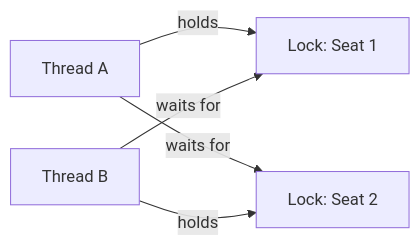
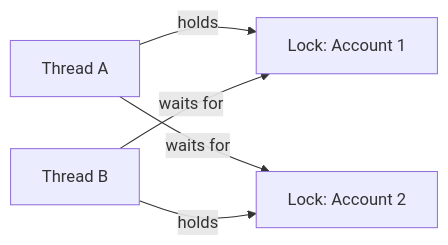
One commit to tushardongre1990/LLD-Claude changed the second of 4 diagrams in 00-Foundations/08-Concurrency/notes.md. Above: the diagram before and after it, drawn with Mermaid. The commit also changed other lines of this file and 25 other files, not shown here.

````diff
--- a/00-Foundations/08-Concurrency/notes.md
+++ b/00-Foundations/08-Concurrency/notes.md
@@ -104,7 +104,7 @@
 ```mermaid
 flowchart LR
-    A[Thread A] -->|holds| L1[Lock: Seat 1]
-    A -->|waits for| L2[Lock: Seat 2]
+    A[Thread A] -->|holds| L1[Lock: Account 1]
+    A -->|waits for| L2[Lock: Account 2]
     B[Thread B] -->|holds| L2
     B -->|waits for| L1
 ```
````
